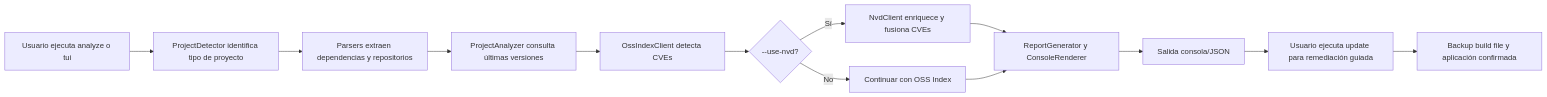
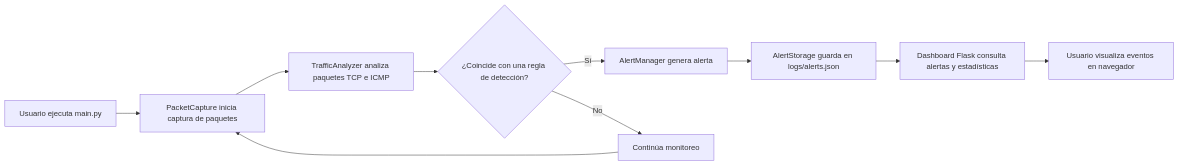
One commit to diegochara2019065026/proyecto-si784-2026-i-u1-ids changed the third of 8 diagrams in docs/FD03-Informe-Especificación Requerimientos.md. Above: the diagram before and after it, drawn with Mermaid. The commit also changed other lines of this file, not shown here.

First line of the commit message:
Revise document for TrafficWatch IDS specifications

````diff
--- a/docs/FD03-Informe-Especificación Requerimientos.md
+++ b/docs/FD03-Informe-Especificación Requerimientos.md
@@ -194,15 +200,12 @@
 ```mermaid
 flowchart LR
-    A[Usuario ejecuta analyze o tui] --> B[ProjectDetector identifica tipo de proyecto]
-    B --> C[Parsers extraen dependencias y repositorios]
-    C --> D[ProjectAnalyzer consulta últimas versiones]
-    D --> E[OssIndexClient detecta CVEs]
-    E --> F{--use-nvd?}
-    F -- Sí --> G[NvdClient enriquece y fusiona CVEs]
-    F -- No --> H[Continuar con OSS Index]
-    G --> I[ReportGenerator y ConsoleRenderer]
-    H --> I
-    I --> J[Salida consola/JSON]
-    J --> K[Usuario ejecuta update para remediación guiada]
-    K --> L[Backup build file y aplicación confirmada]
+    A[Usuario ejecuta main.py] --> B[PacketCapture inicia captura de paquetes]
+    B --> C[TrafficAnalyzer analiza paquetes TCP e ICMP]
+    C --> D{¿Coincide con una regla de detección?}
+    D -- Sí --> E[AlertManager genera alerta]
+    D -- No --> F[Continúa monitoreo]
+    E --> G[AlertStorage guarda en logs/alerts.json]
+    G --> H[Dashboard Flask consulta alertas y estadísticas]
+    H --> I[Usuario visualiza eventos en navegador]
+    F --> B
 ```
````
